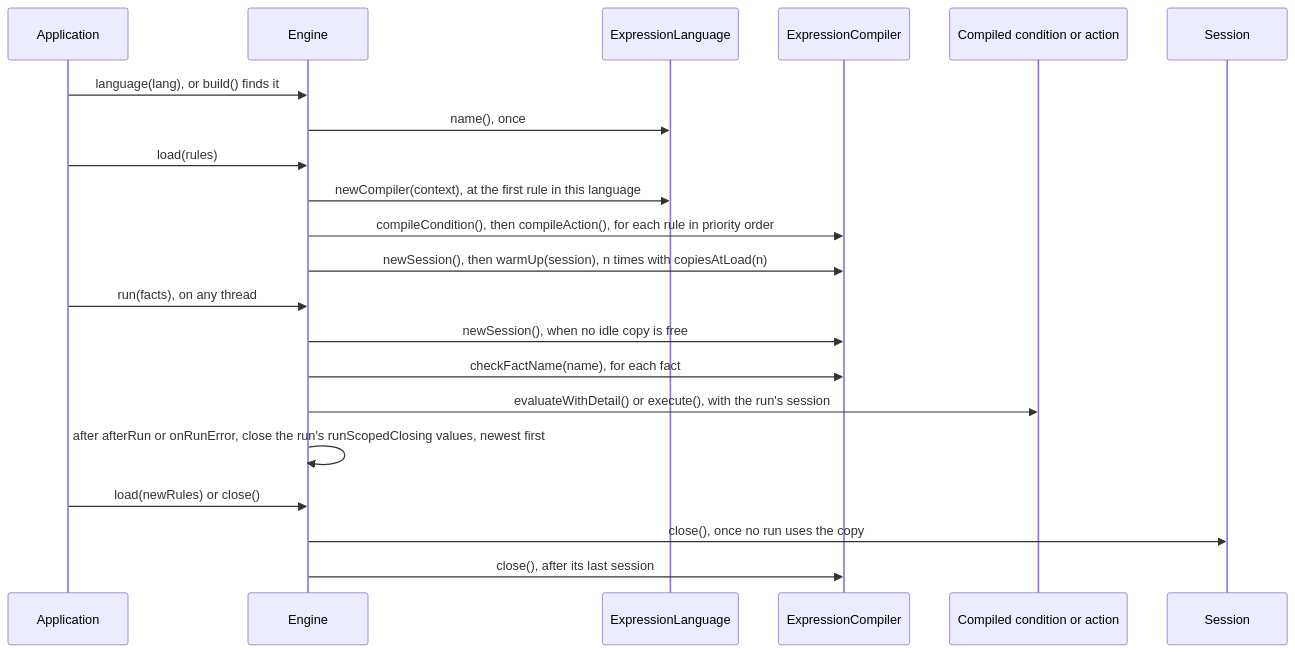
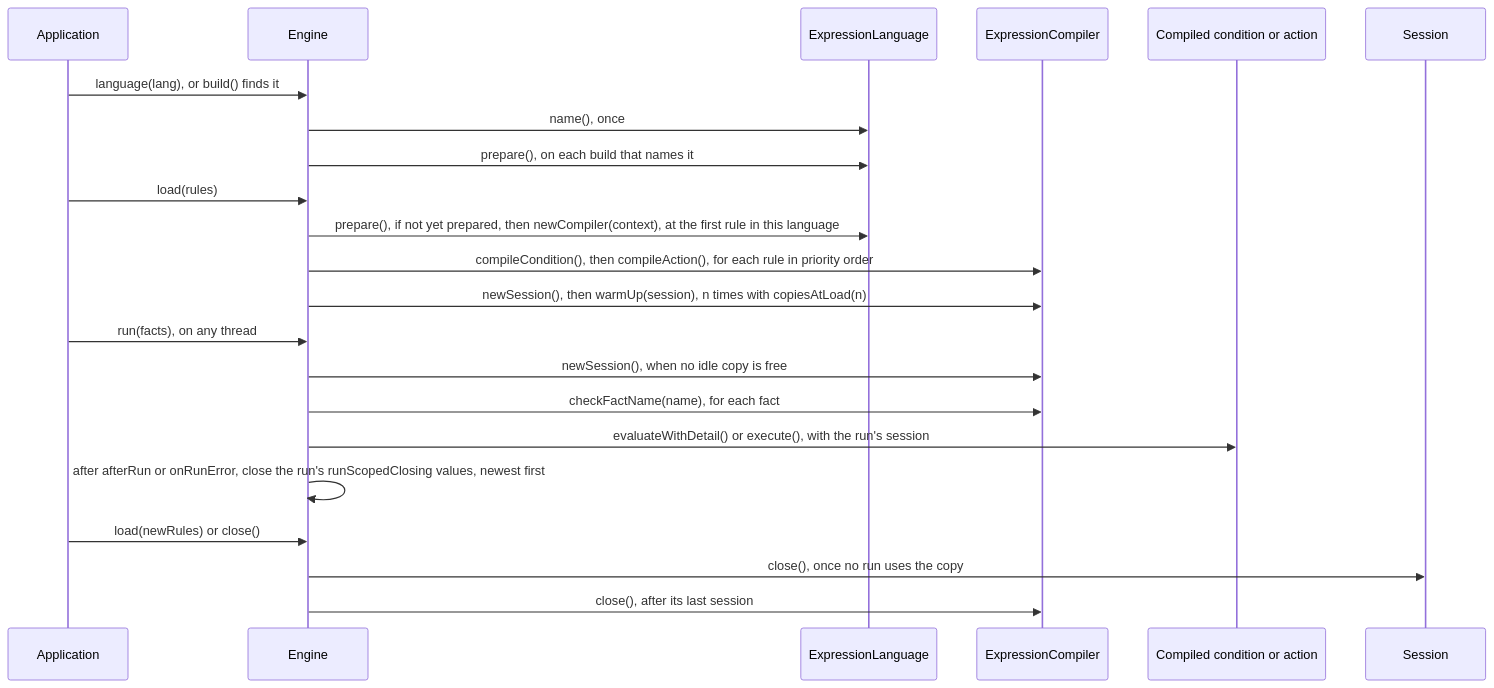
One commit to brantunger/unruly-engine changed the diagram in docs/languages/custom.md. Above: the diagram before and after it, drawn with Mermaid. The commit also changed other lines of this file and 33 other files, not shown here.

Commit message:
feat: a language can prepare its classes, and no first build, load or language use leaves a class broken by a deep stack (#970)

````diff
--- a/docs/languages/custom.md
+++ b/docs/languages/custom.md
@@ -36,23 +36,24 @@
 ```mermaid
 sequenceDiagram
     participant App as Application
     participant Engine
     participant Lang as ExpressionLanguage
     participant Comp as ExpressionCompiler
     participant Expr as Compiled condition or action
     participant Sess as Session
     App->>Engine: language(lang), or build() finds it
     Engine->>Lang: name(), once
+    Engine->>Lang: prepare(), on each build that names it
     App->>Engine: load(rules)
-    Engine->>Lang: newCompiler(context), at the first rule in this language
+    Engine->>Lang: prepare(), if not yet prepared, then newCompiler(context), at the first rule in this language
     Engine->>Comp: compileCondition(), then compileAction(), for each rule in priority order
     Engine->>Comp: newSession(), then warmUp(session), n times with copiesAtLoad(n)
     App->>Engine: run(facts), on any thread
     Engine->>Comp: newSession(), when no idle copy is free
     Engine->>Comp: checkFactName(name), for each fact
     Engine->>Expr: evaluateWithDetail() or execute(), with the run's session
     Engine->>Engine: after afterRun or onRunError, close the run's runScopedClosing values, newest first
     App->>Engine: load(newRules) or close()
     Engine->>Sess: close(), once no run uses the copy
     Engine->>Comp: close(), after its last session
 ```
````
